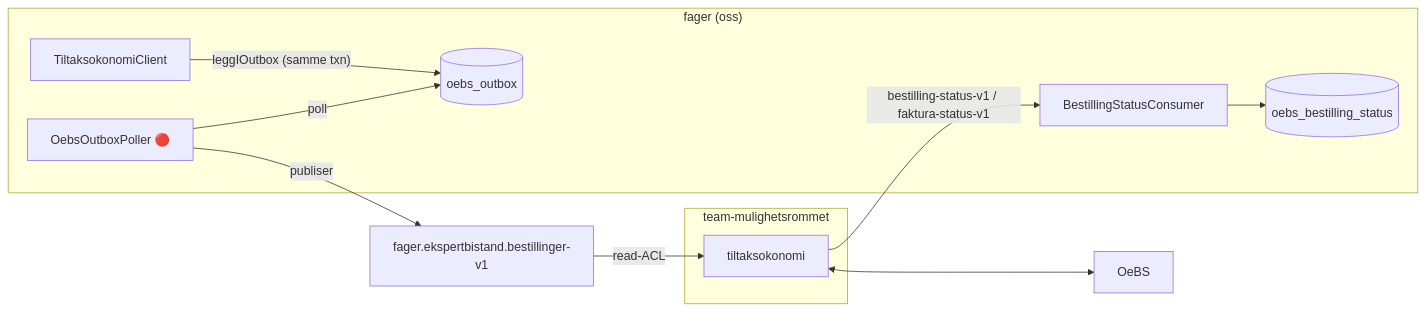
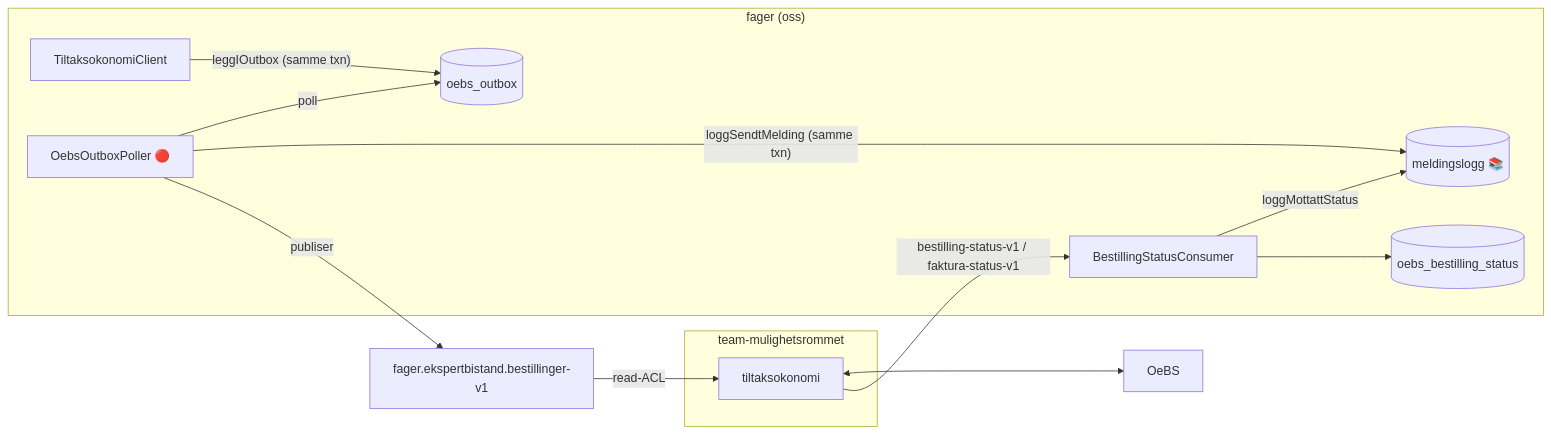
Before and after one commit to navikt/ekspertbistand: the first of 3 diagrams in backend/src/main/kotlin/no/nav/ekspertbistand/oebs/README.md, drawn with Mermaid. The commit also changed other lines of this file and 4 other files, not shown here.

````diff
--- a/backend/src/main/kotlin/no/nav/ekspertbistand/oebs/README.md
+++ b/backend/src/main/kotlin/no/nav/ekspertbistand/oebs/README.md
@@ -19,24 +19,27 @@
 ```mermaid
 flowchart LR
     subgraph fager["fager (oss)"]
         klient["TiltaksokonomiClient"]
         outbox[("oebs_outbox")]
         poller["OebsOutboxPoller 🔴"]
         status["BestillingStatusConsumer"]
         statusdb[("oebs_bestilling_status")]
+        logg[("meldingslogg 📚")]
     end
 
     subgraph valp["team-mulighetsrommet"]
         tokonomi["tiltaksokonomi"]
     end
 
     oebs["OeBS"]
 
     klient -- "leggIOutbox (samme txn)" --> outbox
     poller -- "poll" --> outbox
+    poller -- "loggSendtMelding (samme txn)" --> logg
     poller -- "publiser" --> topic["fager.ekspertbistand.bestillinger-v1"]
     topic -- "read-ACL" --> tokonomi
     tokonomi <--> oebs
     tokonomi -- "bestilling-status-v1 / faktura-status-v1" --> status
+    status -- "loggMottattStatus" --> logg
     status --> statusdb
 ```
````
